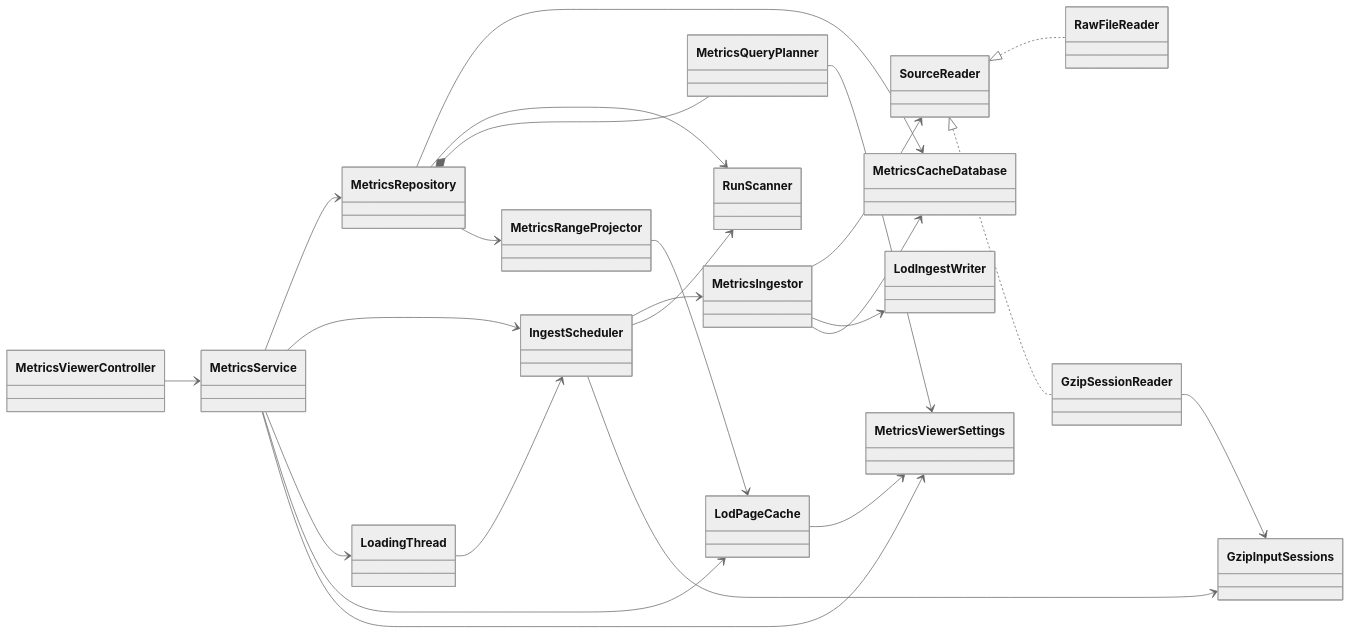
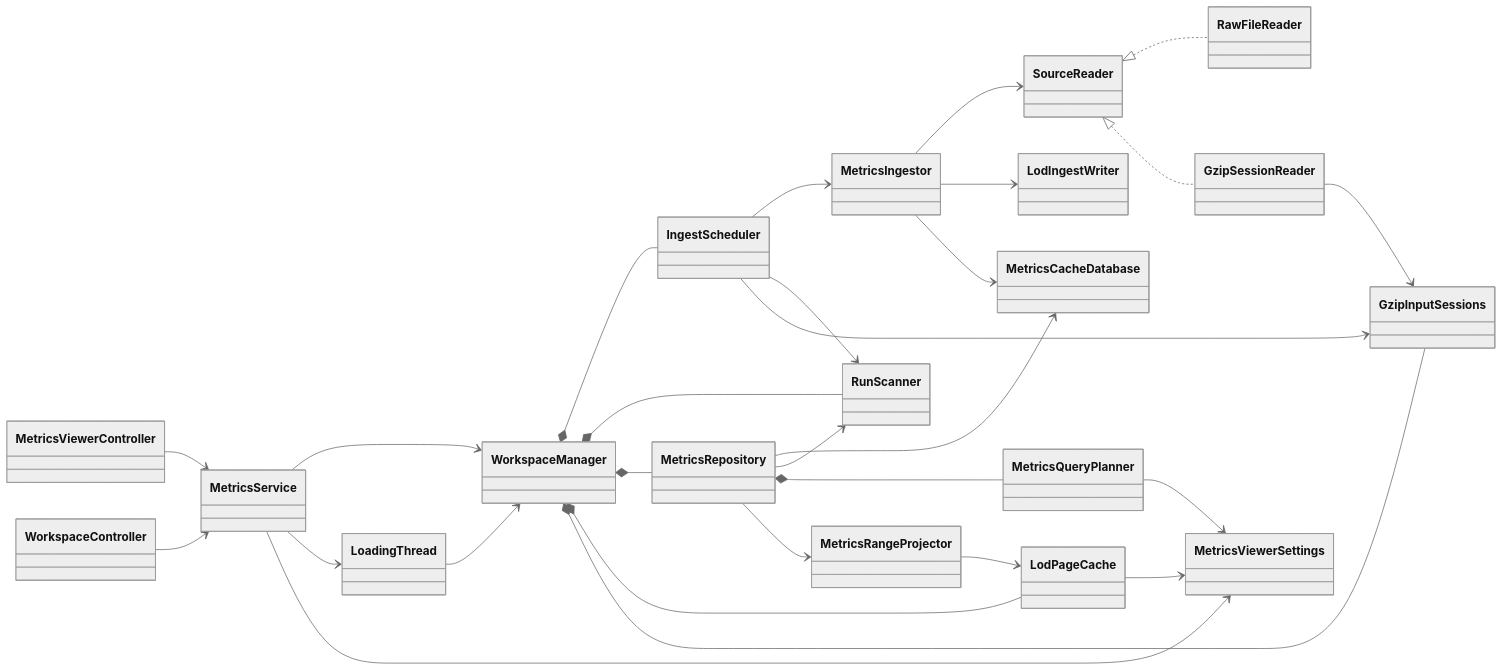
The second of 5 diagrams in docs/design/210_metrics_viewer.jp.md (kazukin123/anet-lab), drawn with Mermaid (neutral theme) before and after one commit. The commit also changed other lines of this file and 52 other files, not shown here.

````diff
--- a/docs/design/210_metrics_viewer.jp.md
+++ b/docs/design/210_metrics_viewer.jp.md
@@ -300,47 +303,53 @@
 ```mermaid
 classDiagram
 direction LR
 
 class LoadingThread
+class WorkspaceManager
 class IngestScheduler
 class MetricsIngestor
 class SourceReader
 class RawFileReader
 class GzipSessionReader
 class GzipInputSessions
 class LodIngestWriter
 class MetricsCacheDatabase
 class RunScanner
 class MetricsService
 class MetricsRepository
 class MetricsQueryPlanner
 class MetricsRangeProjector
 class LodPageCache
 class MetricsViewerController
+class WorkspaceController
 class MetricsViewerSettings
 
-LoadingThread --> IngestScheduler
+LoadingThread --> WorkspaceManager
+WorkspaceManager *-- IngestScheduler
+WorkspaceManager *-- RunScanner
+WorkspaceManager *-- MetricsRepository
+WorkspaceManager *-- LodPageCache
+WorkspaceManager *-- GzipInputSessions
 IngestScheduler --> MetricsIngestor
 IngestScheduler --> RunScanner
 IngestScheduler --> GzipInputSessions
 MetricsIngestor --> SourceReader
 MetricsIngestor --> LodIngestWriter
 MetricsIngestor --> MetricsCacheDatabase
 SourceReader <|.. RawFileReader
 SourceReader <|.. GzipSessionReader
 GzipSessionReader --> GzipInputSessions
 
 MetricsViewerController --> MetricsService
-MetricsService --> MetricsRepository
-MetricsService --> IngestScheduler
+WorkspaceController --> MetricsService
+MetricsService --> WorkspaceManager
 MetricsService --> LoadingThread
-MetricsService --> LodPageCache
 MetricsRepository --> MetricsCacheDatabase
 MetricsRepository --> RunScanner
 MetricsRepository *-- MetricsQueryPlanner
 MetricsRepository --> MetricsRangeProjector
 MetricsRangeProjector --> LodPageCache
 MetricsService --> MetricsViewerSettings
 MetricsQueryPlanner --> MetricsViewerSettings
 LodPageCache --> MetricsViewerSettings
 ```
````
